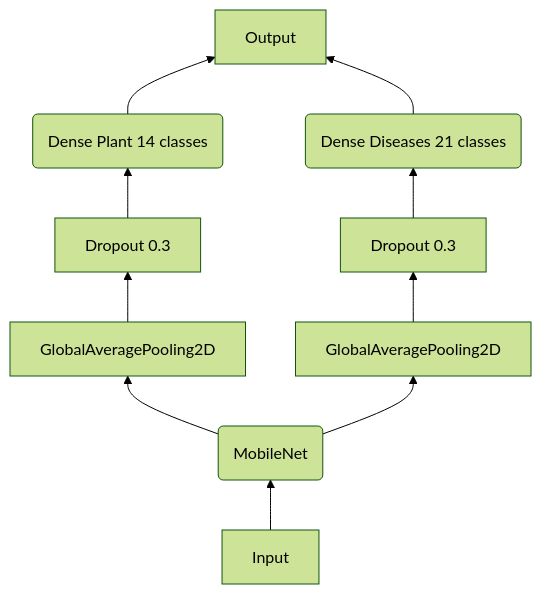
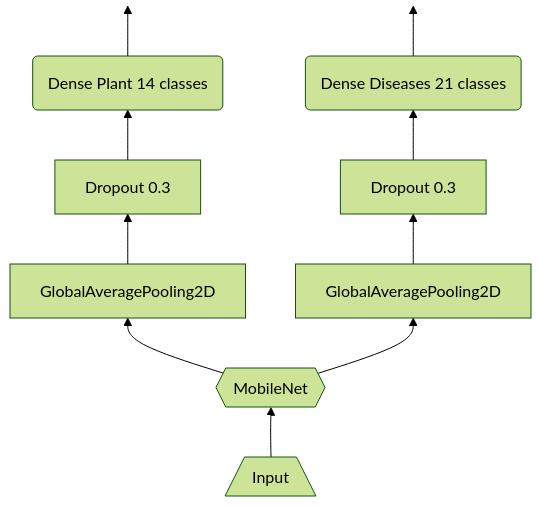
The first of 3 diagrams in README.md (6b2e62/plant-disease), drawn with Mermaid (forest theme) before and after one commit. The commit also changed other lines of this file, not shown here.

````diff
--- a/README.md
+++ b/README.md
@@ -204,12 +204,14 @@
 ```mermaid
-graph BT
-    A[Input] --> B(MobileNet)
+flowchart BT
+    A[/Input\] --> B{{MobileNet}}
     B --> C[GlobalAveragePooling2D]
     C --> D[Dropout 0.3]
     D --> E(Dense Plant 14 classes)
     B --> F[GlobalAveragePooling2D]
     F --> G[Dropout 0.3]
     G --> H(Dense Diseases 21 classes)
-    E --> I[Output]
-    H --> I
+    E --> I:::hidden
+    H --> J:::hidden
+
+    classDef hidden display: none;
 ```
````
